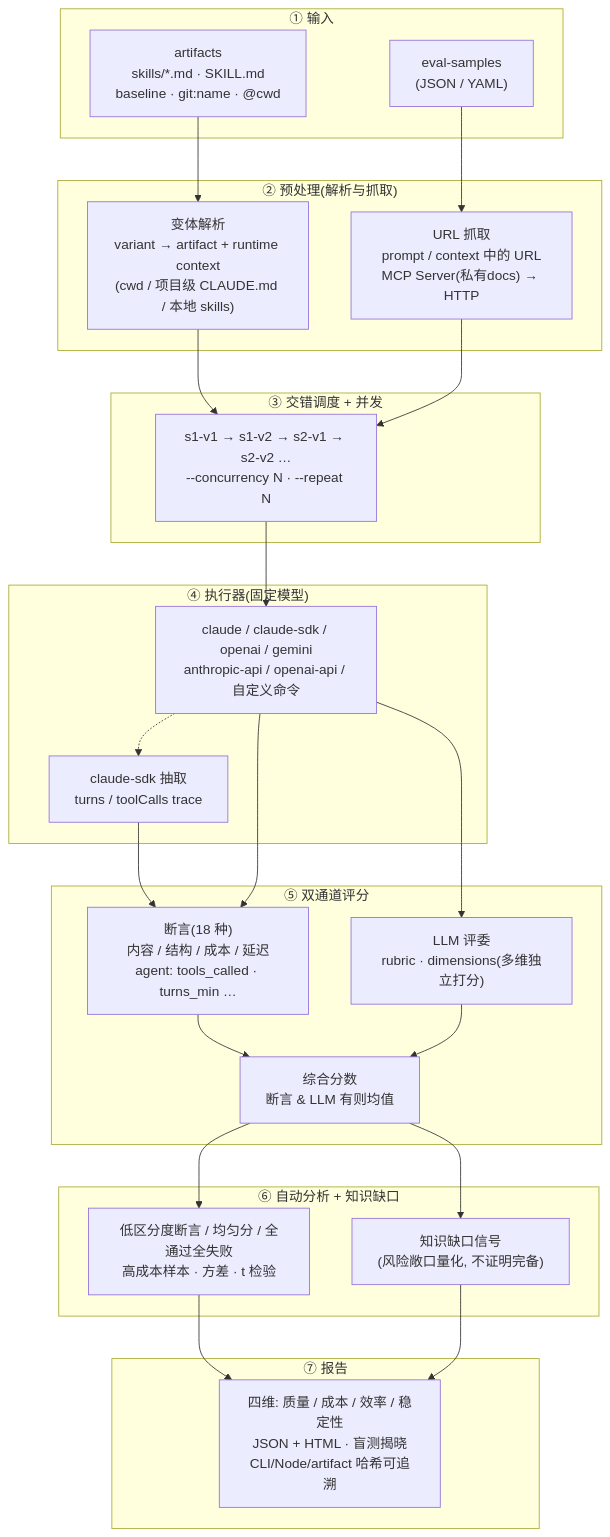
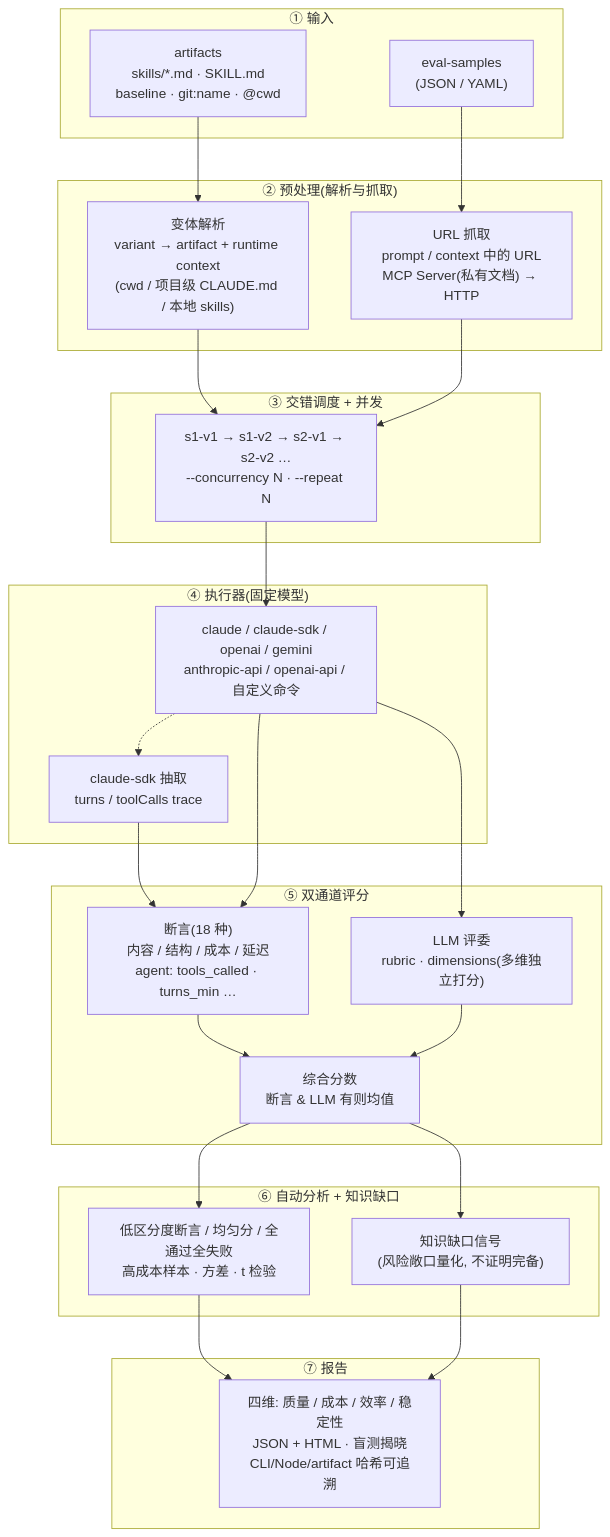
The diagram in README.md (lizhiyao/oh-my-knowledge), drawn with Mermaid before and after one commit. The commit also changed other lines of this file and 37 other files, not shown here.

````diff
--- a/README.md
+++ b/README.md
@@ -64,52 +64,52 @@
 ```mermaid
 flowchart TD
     subgraph Input["① 输入"]
         S["eval-samples<br/>(JSON / YAML)"]
         A["artifacts<br/>skills/*.md · SKILL.md<br/>baseline · git:name · @cwd"]
     end
 
     subgraph Prep["② 预处理(解析与抓取)"]
         V["变体解析<br/>variant → artifact + runtime context<br/>(cwd / 项目级 CLAUDE.md / 本地 skills)"]
-        U["URL 抓取<br/>prompt / context 中的 URL<br/>MCP Server(私有docs) → HTTP"]
+        U["URL 抓取<br/>prompt / context 中的 URL<br/>MCP Server(私有文档) → HTTP"]
     end
 
     subgraph Schedule["③ 交错调度 + 并发"]
         Q["s1-v1 → s1-v2 → s2-v1 → s2-v2 …<br/>--concurrency N · --repeat N"]
     end
 
     subgraph Exec["④ 执行器(固定模型)"]
         E["claude / claude-sdk / openai / gemini<br/>anthropic-api / openai-api / 自定义命令"]
         T["claude-sdk 抽取<br/>turns / toolCalls trace"]
         E -.-> T
     end
 
     subgraph Score["⑤ 双通道评分"]
         AS["断言(18 种)<br/>内容 / 结构 / 成本 / 延迟<br/>agent: tools_called · turns_min …"]
         LS["LLM 评委<br/>rubric · dimensions(多维独立打分)"]
         CS["综合分数<br/>断言 & LLM 有则均值"]
         AS --> CS
         LS --> CS
     end
 
     subgraph Analyze["⑥ 自动分析 + 知识缺口"]
         D["低区分度断言 / 均匀分 / 全通过全失败<br/>高成本样本 · 方差 · t 检验"]
         G["知识缺口信号<br/>(风险敞口量化, 不证明完备)"]
     end
 
     subgraph Report["⑦ 报告"]
         R["四维: 质量 / 成本 / 效率 / 稳定性<br/>JSON + HTML · 盲测揭晓<br/>CLI/Node/artifact 哈希可追溯"]
     end
 
     S --> U
     A --> V
     V --> Q
     U --> Q
     Q --> E
     T --> AS
     E --> AS
     E --> LS
     CS --> D
     CS --> G
     D --> R
     G --> R
 ```
````
